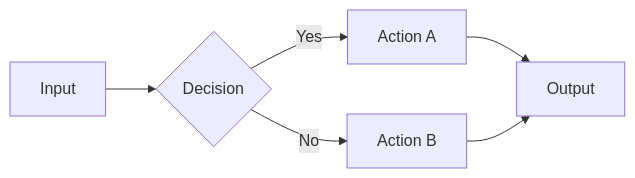
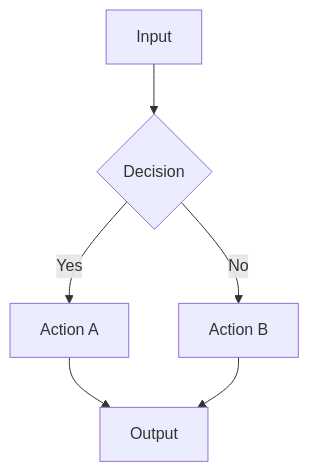
Before and after one commit to amitdevx/TY: the second of 2 diagrams in 09-Templates/Lecture-Template.md, drawn with Mermaid. The commit also changed 65 other files, not shown here.

Commit message:
fix:graph vertical

````diff
--- a/09-Templates/Lecture-Template.md
+++ b/09-Templates/Lecture-Template.md
@@ -123,8 +123,8 @@
 ```mermaid
-flowchart LR
+flowchart TD
     A[Input] --> B{Decision}
     B -- Yes --> C[Action A]
     B -- No --> D[Action B]
     C --> E[Output]
     D --> E
 ```
````
